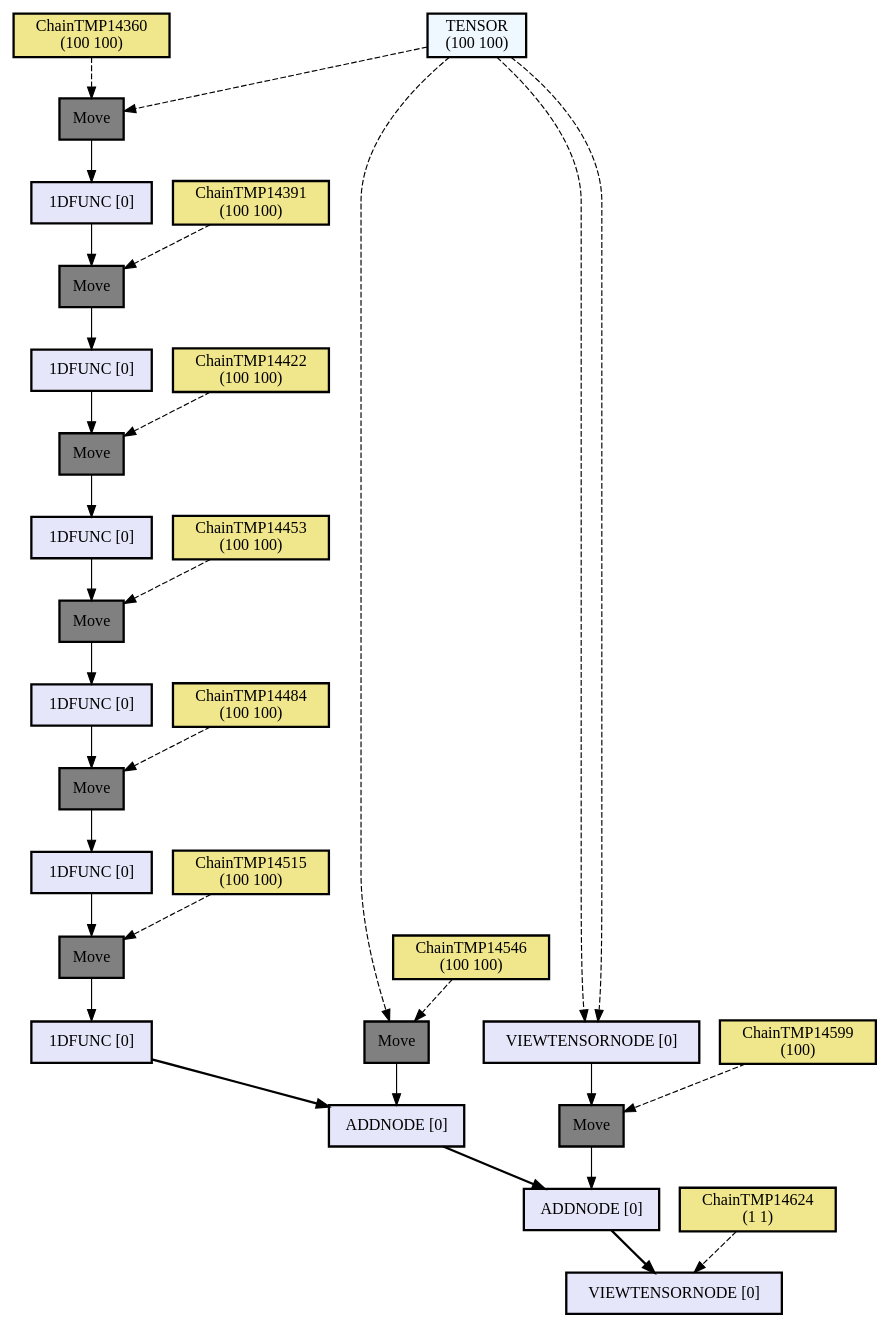
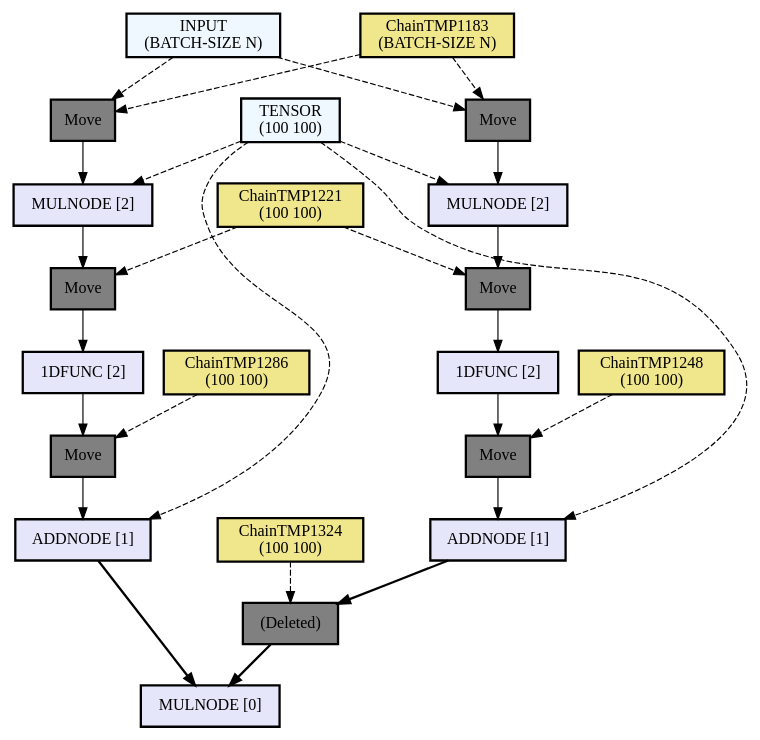
One commit to hikettei/cl-waffe2 changed the diagram in assets/out2.dot. Above: the diagram before and after it, drawn with Graphviz. The commit also changed 3 other files, not shown here.

```diff
--- a/assets/out2.dot
+++ b/assets/out2.dot
@@ -1,77 +1,69 @@
 digraph computation_node {
   node[shape="box" style="filled" color="black" penwidth="2"];
   TENSOR [label = "TENSOR
 (100 100)" fillcolor="#f0f8ff" style="filled, solid"];
-  ChainTMP14360 [label = "ChainTMP14360
-(100 100)" fillcolor="#f0e68c" style="filled, solid"];
-  NODE14664 [label = "Move" fillcolor="gray" style="filled, solid"];
-  NODE14663 [label = "1DFUNC [0]" fillcolor="#e6e6fa" style="filled, solid"];
-  ChainTMP14391 [label = "ChainTMP14391
-(100 100)" fillcolor="#f0e68c" style="filled, solid"];
-  NODE14661 [label = "Move" fillcolor="gray" style="filled, solid"];
-  NODE14660 [label = "1DFUNC [0]" fillcolor="#e6e6fa" style="filled, solid"];
-  ChainTMP14422 [label = "ChainTMP14422
-(100 100)" fillcolor="#f0e68c" style="filled, solid"];
-  NODE14658 [label = "Move" fillcolor="gray" style="filled, solid"];
-  NODE14657 [label = "1DFUNC [0]" fillcolor="#e6e6fa" style="filled, solid"];
-  ChainTMP14453 [label = "ChainTMP14453
-(100 100)" fillcolor="#f0e68c" style="filled, solid"];
-  NODE14655 [label = "Move" fillcolor="gray" style="filled, solid"];
-  NODE14654 [label = "1DFUNC [0]" fillcolor="#e6e6fa" style="filled, solid"];
-  ChainTMP14484 [label = "ChainTMP14484
-(100 100)" fillcolor="#f0e68c" style="filled, solid"];
-  NODE14652 [label = "Move" fillcolor="gray" style="filled, solid"];
-  NODE14651 [label = "1DFUNC [0]" fillcolor="#e6e6fa" style="filled, solid"];
-  ChainTMP14515 [label = "ChainTMP14515
-(100 100)" fillcolor="#f0e68c" style="filled, solid"];
-  NODE14649 [label = "Move" fillcolor="gray" style="filled, solid"];
-  NODE14648 [label = "1DFUNC [0]" fillcolor="#e6e6fa" style="filled, solid"];
   TENSOR [label = "TENSOR
 (100 100)" fillcolor="#f0f8ff" style="filled, solid"];
-  ChainTMP14546 [label = "ChainTMP14546
+  INPUT [label = "INPUT
+(BATCH-SIZE N)" fillcolor="#f0f8ff" style="filled, solid"];
+  ChainTMP1183 [label = "ChainTMP1183
+(BATCH-SIZE N)" fillcolor="#f0e68c" style="filled, solid"];
+  NODE1393 [label = "Move" fillcolor="gray" style="filled, solid"];
+  NODE1392 [label = "MULNODE [2]" fillcolor="#e6e6fa" style="filled, solid"];
+  ChainTMP1221 [label = "ChainTMP1221
 (100 100)" fillcolor="#f0e68c" style="filled, solid"];
-  NODE14645 [label = "Move" fillcolor="gray" style="filled, solid"];
-  NODE14644 [label = "ADDNODE [0]" fillcolor="#e6e6fa" style="filled, solid"];
-  TENSOR [label = "TENSOR
-(1 1)" fillcolor="#f0f8ff" style="filled, solid"];
+  NODE1390 [label = "Move" fillcolor="gray" style="filled, solid"];
+  NODE1389 [label = "1DFUNC [2]" fillcolor="#e6e6fa" style="filled, solid"];
+  ChainTMP1286 [label = "ChainTMP1286
+(100 100)" fillcolor="#f0e68c" style="filled, solid"];
+  NODE1387 [label = "Move" fillcolor="gray" style="filled, solid"];
+  NODE1386 [label = "ADDNODE [1]" fillcolor="#e6e6fa" style="filled, solid"];
   TENSOR [label = "TENSOR
 (100 100)" fillcolor="#f0f8ff" style="filled, solid"];
-  NODE14641 [label = "VIEWTENSORNODE [0]" fillcolor="#e6e6fa" style="filled, solid"];
-  ChainTMP14599 [label = "ChainTMP14599
-(100)" fillcolor="#f0e68c" style="filled, solid"];
-  NODE14639 [label = "Move" fillcolor="gray" style="filled, solid"];
-  NODE14638 [label = "ADDNODE [0]" fillcolor="#e6e6fa" style="filled, solid"];
-  ChainTMP14624 [label = "ChainTMP14624
-(1 1)" fillcolor="#f0e68c" style="filled, solid"];
-  NODE14636 [label = "VIEWTENSORNODE [0]" fillcolor="#e6e6fa" style="filled, solid"];
-  ChainTMP14624 -> NODE14636[style="dashed"];
-  NODE14638 -> NODE14636[penwidth="2"];
-  NODE14639 -> NODE14638[weight=10];
-  ChainTMP14599 -> NODE14639[style="dashed"];
-  NODE14641 -> NODE14639[weight=10];
-  TENSOR -> NODE14641[style="dashed"];
-  TENSOR -> NODE14641[style="dashed"];
-  NODE14644 -> NODE14638[penwidth="2"];
-  NODE14645 -> NODE14644[weight=10];
-  ChainTMP14546 -> NODE14645[style="dashed"];
-  TENSOR -> NODE14645[style="dashed"];
-  NODE14648 -> NODE14644[penwidth="2"];
-  NODE14649 -> NODE14648[weight=10];
-  ChainTMP14515 -> NODE14649[style="dashed"];
-  NODE14651 -> NODE14649[weight=10];
-  NODE14652 -> NODE14651[weight=10];
-  ChainTMP14484 -> NODE14652[style="dashed"];
-  NODE14654 -> NODE14652[weight=10];
-  NODE14655 -> NODE14654[weight=10];
-  ChainTMP14453 -> NODE14655[style="dashed"];
-  NODE14657 -> NODE14655[weight=10];
-  NODE14658 -> NODE14657[weight=10];
-  ChainTMP14422 -> NODE14658[style="dashed"];
-  NODE14660 -> NODE14658[weight=10];
-  NODE14661 -> NODE14660[weight=10];
-  ChainTMP14391 -> NODE14661[style="dashed"];
-  NODE14663 -> NODE14661[weight=10];
-  NODE14664 -> NODE14663[weight=10];
-  ChainTMP14360 -> NODE14664[style="dashed"];
-  TENSOR -> NODE14664[style="dashed"];
+  TENSOR [label = "TENSOR
+(100 100)" fillcolor="#f0f8ff" style="filled, solid"];
+  INPUT [label = "INPUT
+(BATCH-SIZE N)" fillcolor="#f0f8ff" style="filled, solid"];
+  ChainTMP1183 [label = "ChainTMP1183
+(BATCH-SIZE N)" fillcolor="#f0e68c" style="filled, solid"];
+  NODE1381 [label = "Move" fillcolor="gray" style="filled, solid"];
+  NODE1380 [label = "MULNODE [2]" fillcolor="#e6e6fa" style="filled, solid"];
+  ChainTMP1221 [label = "ChainTMP1221
+(100 100)" fillcolor="#f0e68c" style="filled, solid"];
+  NODE1378 [label = "Move" fillcolor="gray" style="filled, solid"];
+  NODE1377 [label = "1DFUNC [2]" fillcolor="#e6e6fa" style="filled, solid"];
+  ChainTMP1248 [label = "ChainTMP1248
+(100 100)" fillcolor="#f0e68c" style="filled, solid"];
+  NODE1375 [label = "Move" fillcolor="gray" style="filled, solid"];
+  NODE1374 [label = "ADDNODE [1]" fillcolor="#e6e6fa" style="filled, solid"];
+  ChainTMP1324 [label = "ChainTMP1324
+(100 100)" fillcolor="#f0e68c" style="filled, solid"];
+  NODE1372 [label = "(Deleted)" fillcolor="gray" style="filled, solid"];
+  NODE1371 [label = "MULNODE [0]" fillcolor="#e6e6fa" style="filled, solid"];
+  NODE1372 -> NODE1371[penwidth="2"];
+  ChainTMP1324 -> NODE1372[style="dashed"];
+  NODE1374 -> NODE1372[penwidth="2"];
+  NODE1375 -> NODE1374[weight=10];
+  ChainTMP1248 -> NODE1375[style="dashed"];
+  NODE1377 -> NODE1375[weight=10];
+  NODE1378 -> NODE1377[weight=10];
+  ChainTMP1221 -> NODE1378[style="dashed"];
+  NODE1380 -> NODE1378[weight=10];
+  NODE1381 -> NODE1380[weight=10];
+  ChainTMP1183 -> NODE1381[style="dashed"];
+  INPUT -> NODE1381[style="dashed"];
+  TENSOR -> NODE1380[style="dashed"];
+  TENSOR -> NODE1374[style="dashed"];
+  NODE1386 -> NODE1371[penwidth="2"];
+  NODE1387 -> NODE1386[weight=10];
+  ChainTMP1286 -> NODE1387[style="dashed"];
+  NODE1389 -> NODE1387[weight=10];
+  NODE1390 -> NODE1389[weight=10];
+  ChainTMP1221 -> NODE1390[style="dashed"];
+  NODE1392 -> NODE1390[weight=10];
+  NODE1393 -> NODE1392[weight=10];
+  ChainTMP1183 -> NODE1393[style="dashed"];
+  INPUT -> NODE1393[style="dashed"];
+  TENSOR -> NODE1392[style="dashed"];
+  TENSOR -> NODE1386[style="dashed"];
 }
```
